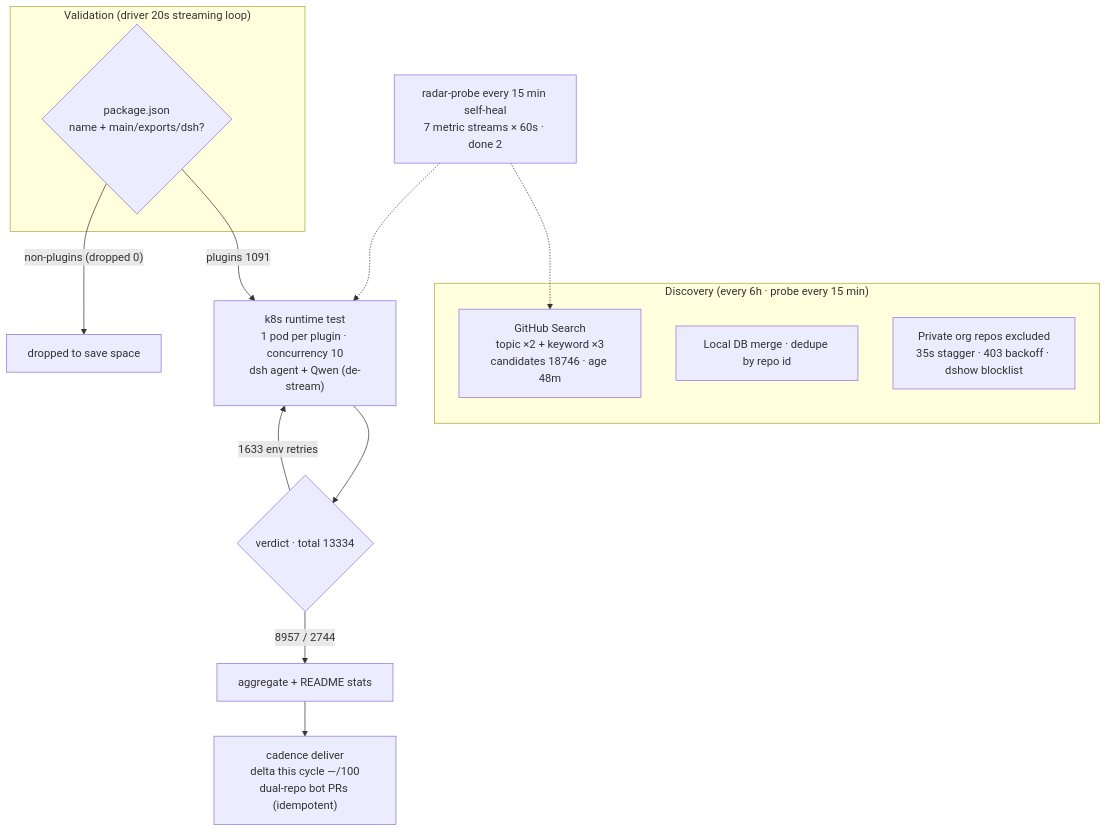
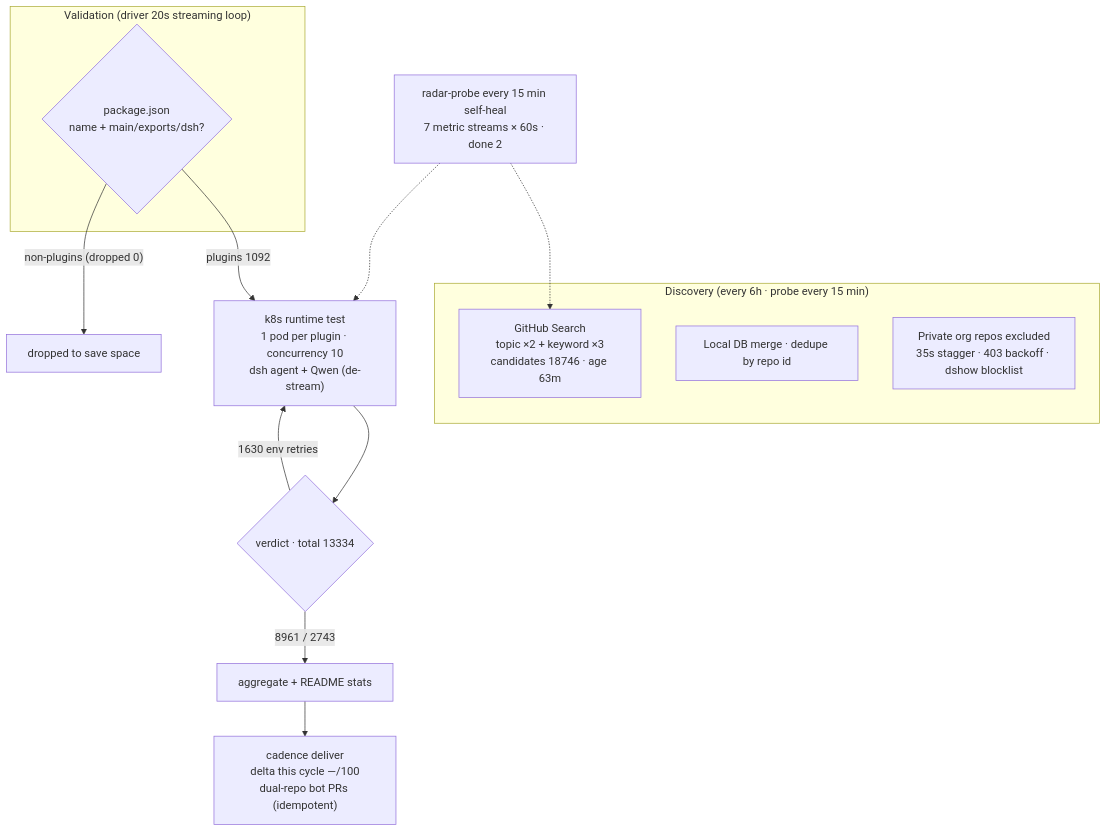
Before and after one commit to AdamPlatin123/dsh-plugin-radar: the diagram in README.en-US.md, drawn with Mermaid. The commit also changed other lines of this file and 10 other files, not shown here.

````diff
--- a/README.en-US.md
+++ b/README.en-US.md
@@ -45,20 +45,20 @@
 ```mermaid
 flowchart TB
     subgraph Discovery["Discovery (every 6h · probe every 15 min)"]
-        A1["GitHub Search<br/>topic ×2 + keyword ×3<br/>candidates 18746 · age 48m"]
+        A1["GitHub Search<br/>topic ×2 + keyword ×3<br/>candidates 18746 · age 63m"]
         A2["Local DB merge · dedupe by repo id"]
         A3["Private org repos excluded<br/>35s stagger · 403 backoff · dshow blocklist"]
     end
     subgraph Validation["Validation (driver 20s streaming loop)"]
         B1{"package.json<br/>name + main/exports/dsh?"}
     end
-    B1 -->|"plugins 1091"| C1["k8s runtime test<br/>1 pod per plugin · concurrency 10<br/>dsh agent + Qwen (de-stream)"]
+    B1 -->|"plugins 1092"| C1["k8s runtime test<br/>1 pod per plugin · concurrency 10<br/>dsh agent + Qwen (de-stream)"]
     B1 -->|"non-plugins (dropped 0)"| B3["dropped to save space"]
     C1 --> D1{"verdict · total 13334"}
-    D1 -->|"8957 / 2744"| E1["aggregate + README stats"]
-    D1 -->|"1633 env retries"| C1
+    D1 -->|"8961 / 2743"| E1["aggregate + README stats"]
+    D1 -->|"1630 env retries"| C1
     E1 --> E2["cadence deliver<br/>delta this cycle —/100<br/>dual-repo bot PRs (idempotent)"]
     M["radar-probe every 15 min self-heal<br/>7 metric streams × 60s · done 2"]
     M -.-> A1
     M -.-> C1
 ```
````
